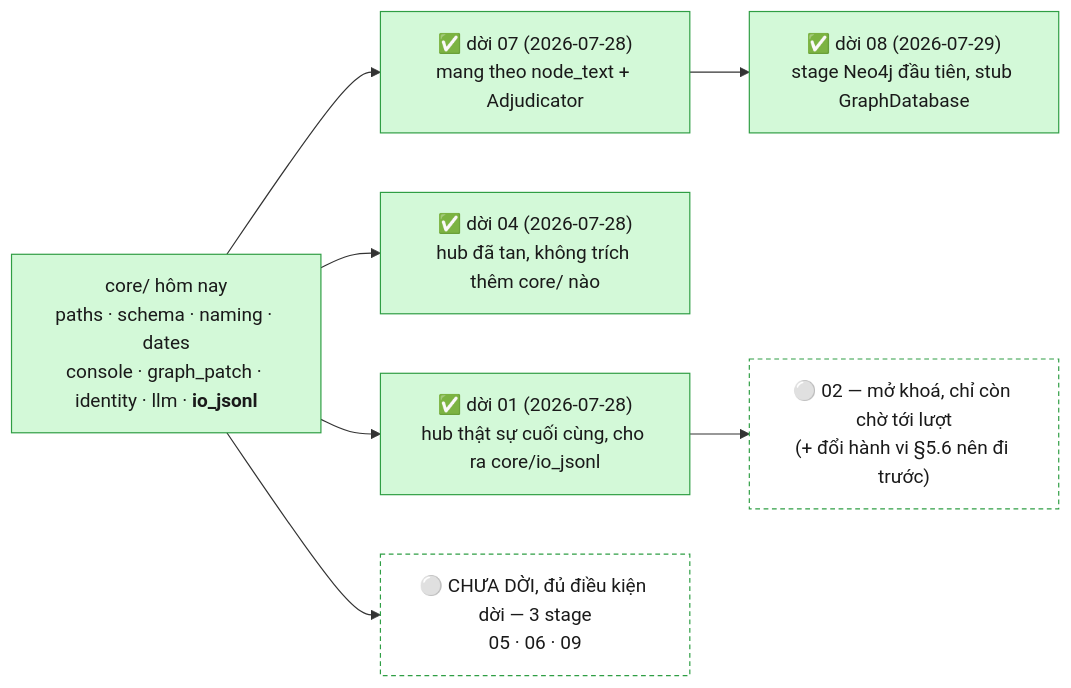
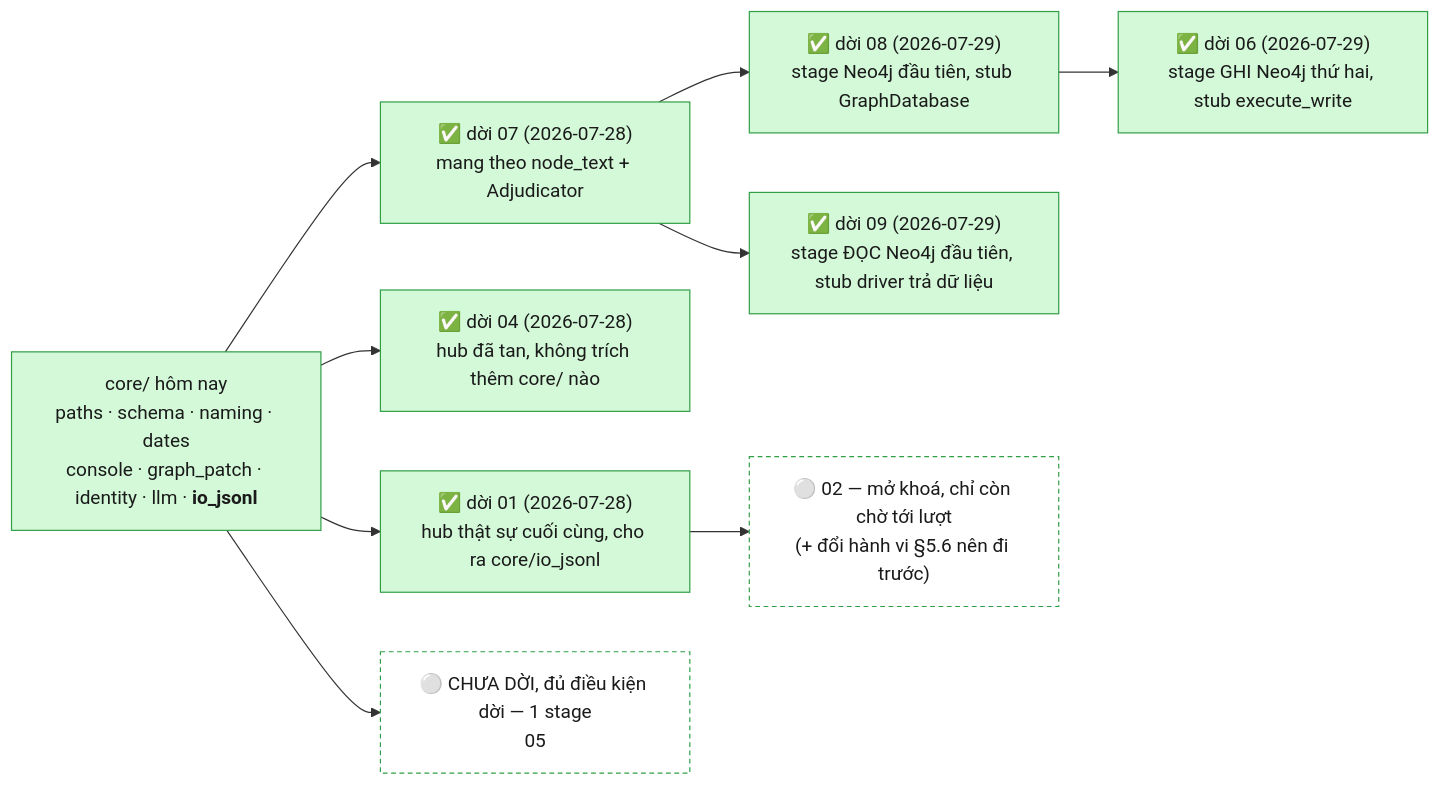
The second of 4 diagrams in src_module/PIPELINE.md (TranBaDat2607/capstone_test1), drawn with Mermaid before and after one commit. The commit also changed other lines of this file and 4 other files, not shown here.

````diff
--- a/src_module/PIPELINE.md
+++ b/src_module/PIPELINE.md
@@ -329,20 +365,23 @@
 ```mermaid
 flowchart LR
     classDef done fill:#d3f9d8,stroke:#2f9e44,color:#1a1a1a
     classDef ready fill:#ffffff,stroke:#2f9e44,stroke-dasharray:4 3,color:#1a1a1a
     classDef key  fill:#ffe3e3,stroke:#f03e3e,color:#1a1a1a
     classDef pend fill:#fff3bf,stroke:#e8a90c,color:#1a1a1a
 
     CORE["core/ hôm nay<br/>paths · schema · naming · dates<br/>console · graph_patch · identity · llm · <b>io_jsonl</b>"]:::done
     S07D["✅ dời 07 (2026-07-28)<br/>mang theo node_text + Adjudicator"]:::done
     S04D["✅ dời 04 (2026-07-28)<br/>hub đã tan, không trích thêm core/ nào"]:::done
     S01D["✅ dời 01 (2026-07-28)<br/>hub thật sự cuối cùng, cho ra core/io_jsonl"]:::done
     S08D["✅ dời 08 (2026-07-29)<br/>stage Neo4j đầu tiên, stub GraphDatabase"]:::done
-    READY["⚪ CHƯA DỜI, đủ điều kiện dời — 3 stage<br/>05 · 06 · 09"]:::ready
+    S06D["✅ dời 06 (2026-07-29)<br/>stage GHI Neo4j thứ hai, stub execute_write"]:::done
+    S09D["✅ dời 09 (2026-07-29)<br/>stage ĐỌC Neo4j đầu tiên, stub driver trả dữ liệu"]:::done
+    READY["⚪ CHƯA DỜI, đủ điều kiện dời — 1 stage<br/>05"]:::ready
     U3["⚪ 02 — mở khoá, chỉ còn chờ tới lượt<br/>(+ đổi hành vi §5.6 nên đi trước)"]:::ready
 
-    CORE --> S07D --> S08D
+    CORE --> S07D --> S08D --> S06D
+    S07D --> S09D
     CORE --> S04D
     CORE --> S01D --> U3
     CORE --> READY
 ```
````
